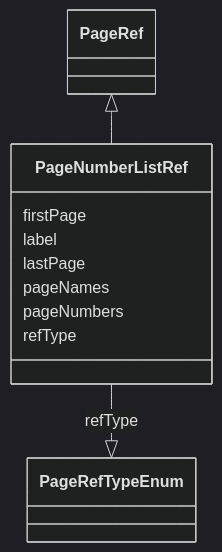
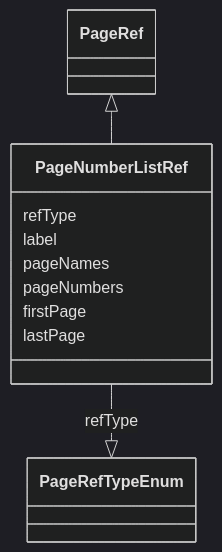
One commit to cdisc-org/analysis-results-standard changed the diagram in project/docs/PageNumberListRef.md. Above: the diagram before and after it, drawn with Mermaid (dark theme). The commit also changed other lines of this file and 192 other files, not shown here.

````diff
--- a/project/docs/PageNumberListRef.md
+++ b/project/docs/PageNumberListRef.md
@@ -15,21 +13,14 @@
 ```mermaid
  classDiagram
     class PageNumberListRef
       PageRef <|-- PageNumberListRef
-      
-      PageNumberListRef : firstPage
+
+      PageNumberListRef : refType
+        PageNumberListRef --|> PageRefTypeEnum : refType
+        PageNumberListRef : label
+        PageNumberListRef : pageNames
+        PageNumberListRef : pageNumbers
+        PageNumberListRef : firstPage
+        PageNumberListRef : lastPage
         
-      PageNumberListRef : label
-        
-      PageNumberListRef : lastPage
-        
-      PageNumberListRef : pageNames
-        
-      PageNumberListRef : pageNumbers
-        
-      PageNumberListRef : refType
-        
-          PageNumberListRef --|> PageRefTypeEnum : refType
-        
-      
 ```
````
